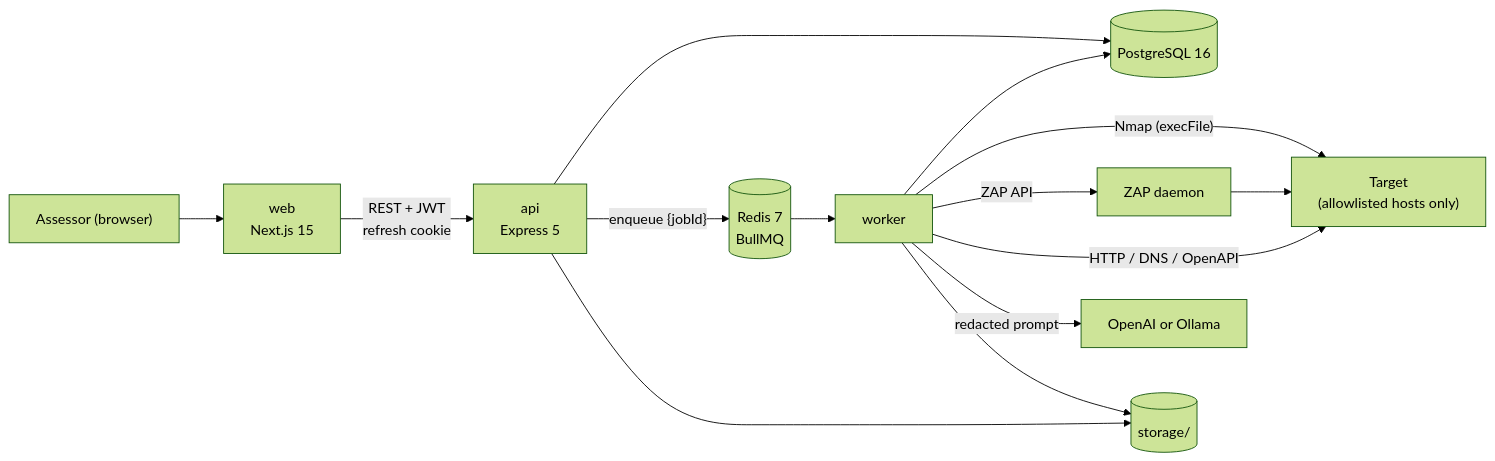
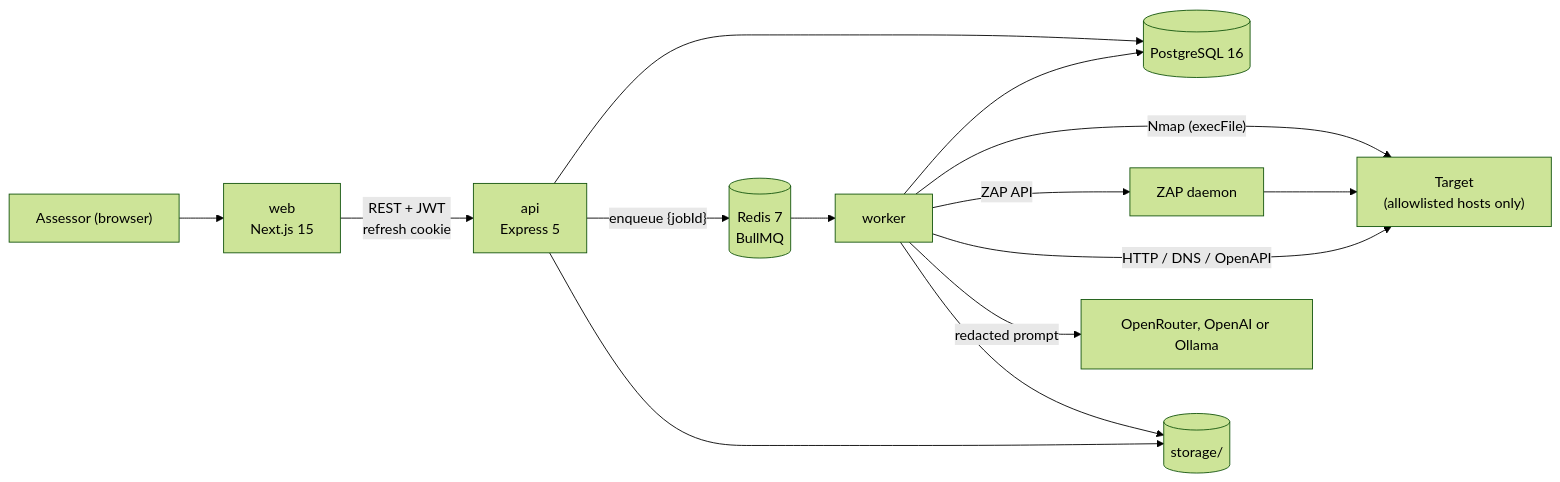
Before and after one commit to Zero0blanK/bai-tanaw: the first of 2 diagrams in docs/architecture.md, drawn with Mermaid (forest theme). The commit also changed other lines of this file and 4 other files, not shown here.

````diff
--- a/docs/architecture.md
+++ b/docs/architecture.md
@@ -9,15 +9,15 @@
 ```mermaid
 flowchart LR
     U["Assessor (browser)"] --> WEB["web<br/>Next.js 15"]
     WEB -->|"REST + JWT<br/>refresh cookie"| API["api<br/>Express 5"]
     API --> PG[("PostgreSQL 16")]
     API -->|"enqueue {jobId}"| R[("Redis 7<br/>BullMQ")]
     R --> WK["worker"]
     WK --> PG
     WK -->|"Nmap (execFile)"| T["Target<br/>(allowlisted hosts only)"]
     WK -->|"ZAP API"| ZAP["ZAP daemon"] --> T
     WK -->|"HTTP / DNS / OpenAPI"| T
-    WK -->|"redacted prompt"| AI["OpenAI or Ollama"]
+    WK -->|"redacted prompt"| AI["OpenRouter, OpenAI or Ollama"]
     API --> FS[("storage/")]
     WK --> FS
 ```
````
